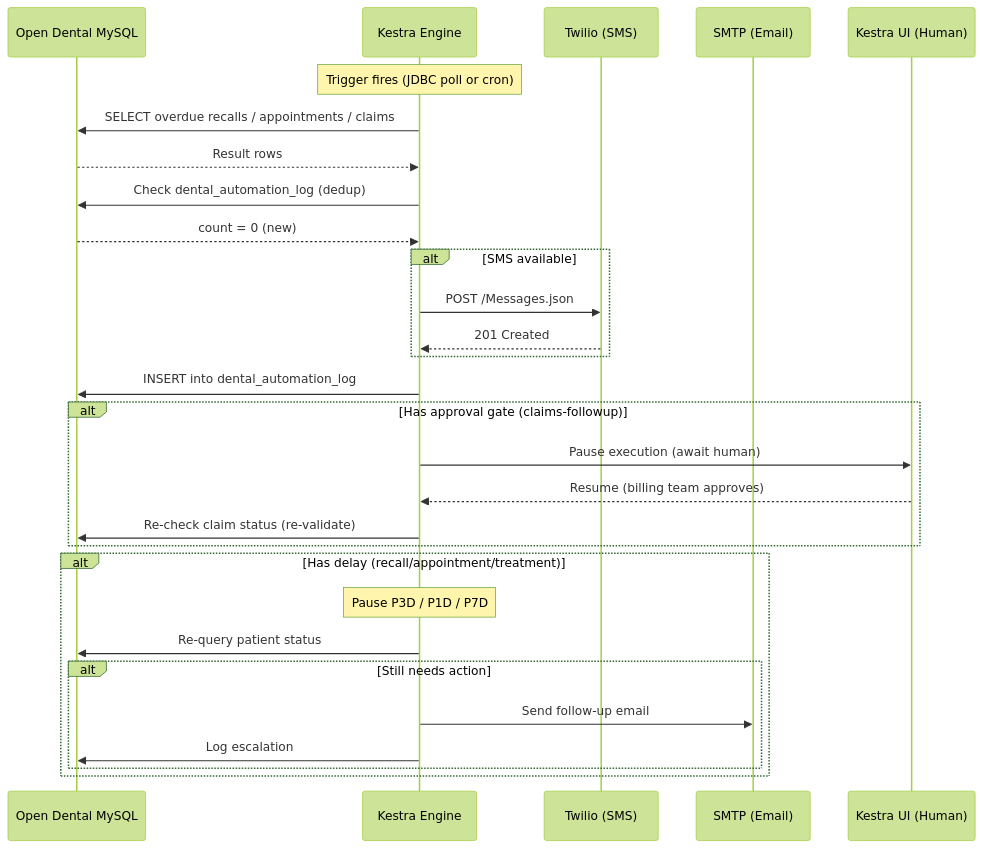
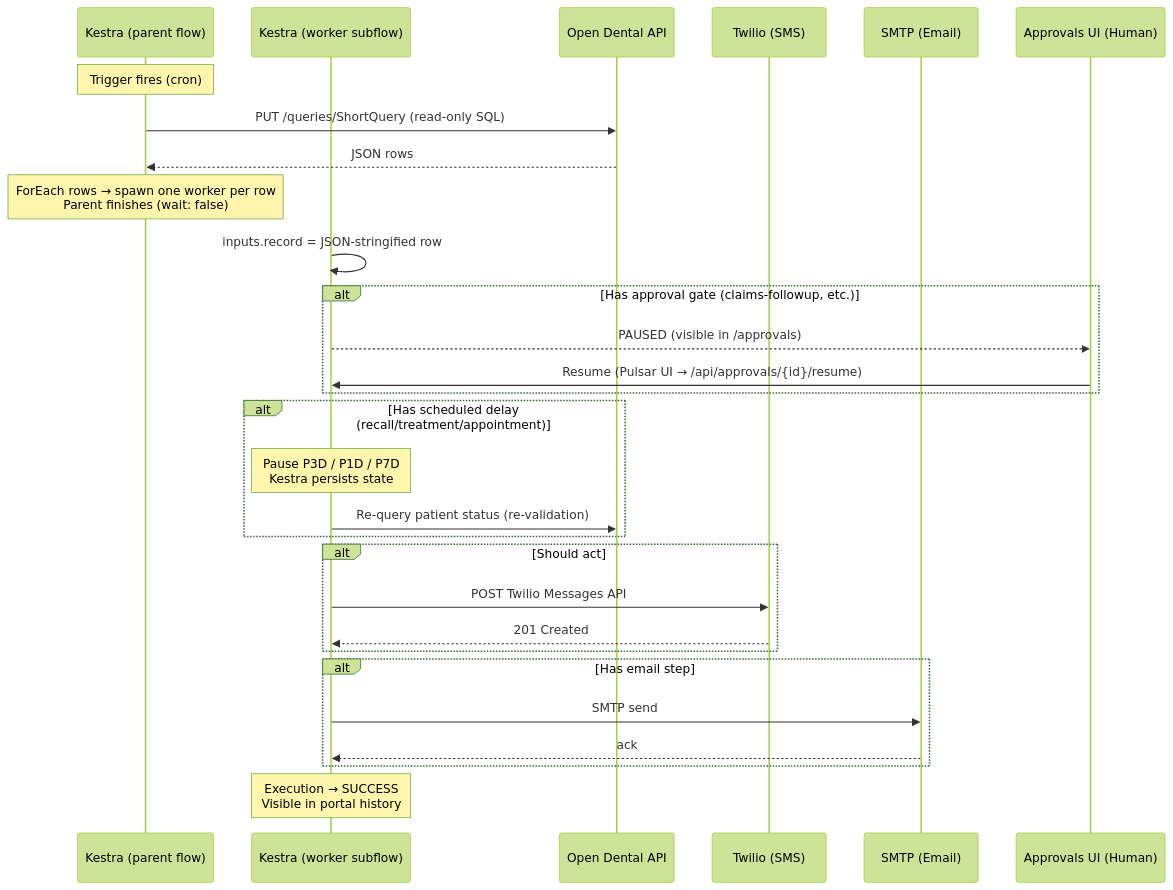
One commit to webozen/pulsar-flow-platform-main changed the diagram in docs/02-architecture/Execution Flow.md. Above: the diagram before and after it, drawn with Mermaid (forest theme). The commit also changed other lines of this file and 15 other files, not shown here.

First line of the commit message:
docs(obsidian): refresh vault to match current orchestrator architecture

````diff
--- a/docs/02-architecture/Execution Flow.md
+++ b/docs/02-architecture/Execution Flow.md
@@ -10,37 +13,38 @@
 ```mermaid
 sequenceDiagram
-    participant OD as Open Dental MySQL
-    participant K as Kestra Engine
+    participant K as Kestra (parent flow)
+    participant W as Kestra (worker subflow)
+    participant OD as Open Dental API
     participant T as Twilio (SMS)
     participant M as SMTP (Email)
-    participant UI as Kestra UI (Human)
+    participant U as Approvals UI (Human)
 
-    Note over K: Trigger fires (JDBC poll or cron)
-    K->>OD: SELECT overdue recalls / appointments / claims
-    OD-->>K: Result rows
+    Note over K: Trigger fires (cron)
+    K->>OD: PUT /queries/ShortQuery (read-only SQL)
+    OD-->>K: JSON rows
+    Note over K: ForEach rows → spawn one worker per row<br/>Parent finishes (wait: false)
 
-    K->>OD: Check dental_automation_log (dedup)
-    OD-->>K: count = 0 (new)
+    W->>W: inputs.record = JSON-stringified row
 
-    alt SMS available
-        K->>T: POST /Messages.json
-        T-->>K: 201 Created
+    alt Has approval gate (claims-followup, etc.)
+        W-->>U: PAUSED (visible in /approvals)
+        U->>W: Resume (Pulsar UI → /api/approvals/{id}/resume)
     end
 
-    K->>OD: INSERT into dental_automation_log
-
-    alt Has approval gate (claims-followup)
-        K->>UI: Pause execution (await human)
-        UI-->>K: Resume (billing team approves)
-        K->>OD: Re-check claim status (re-validate)
+    alt Has scheduled delay (recall/treatment/appointment)
+        Note over W: Pause P3D / P1D / P7D<br/>Kestra persists state
+        W->>OD: Re-query patient status (re-validation)
     end
 
-    alt Has delay (recall/appointment/treatment)
-        Note over K: Pause P3D / P1D / P7D
-        K->>OD: Re-query patient status
-        alt Still needs action
-            K->>M: Send follow-up email
-            K->>OD: Log escalation
-        end
+    alt Should act
+        W->>T: POST Twilio Messages API
+        T-->>W: 201 Created
     end
+
+    alt Has email step
+        W->>M: SMTP send
+        M-->>W: ack
+    end
+
+    Note over W: Execution → SUCCESS<br/>Visible in portal history
 ```
````
